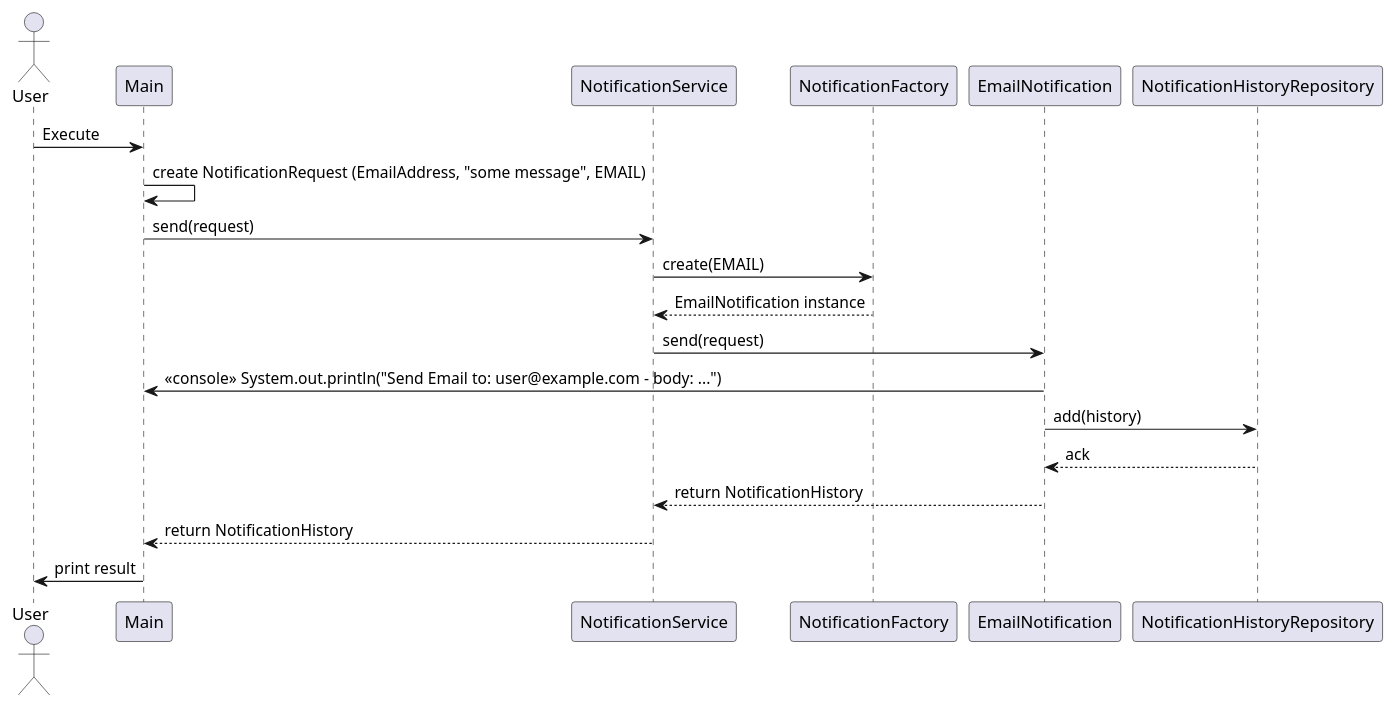
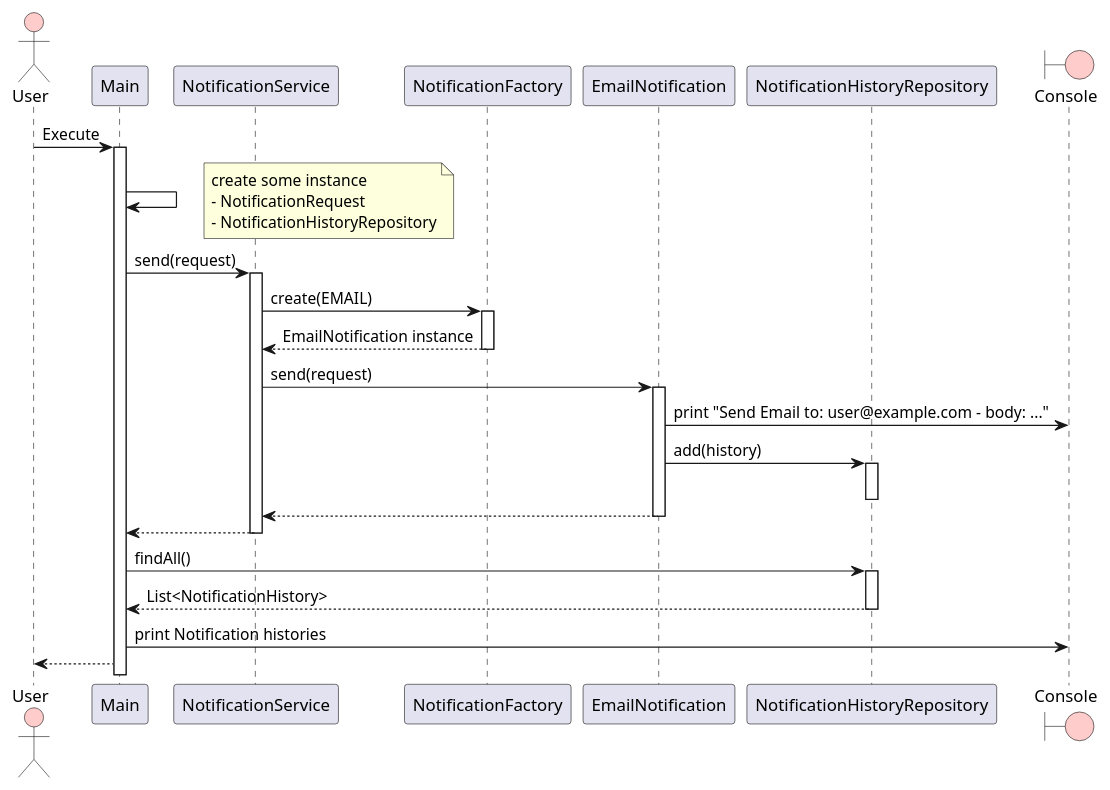
One commit to tri-shtr/notification-app changed the diagram in docs/fig/sequence_diagram.puml. Above: the diagram before and after it, drawn with PlantUML. The commit also changed 1 other file, not shown here.

Commit message:
シーケンス図の誤記修正

```diff
--- a/docs/fig/sequence_diagram.puml
+++ b/docs/fig/sequence_diagram.puml
@@ -1,21 +1,41 @@
 @startuml sequence_diagram
-actor User
+actor User #ffcccc
 participant Main
 participant NotificationService
 participant NotificationFactory
 participant EmailNotification
 participant NotificationHistoryRepository
+boundary Console #ffcccc
 
 User -> Main: Execute
-Main -> Main: create NotificationRequest (EmailAddress, "some message", EMAIL)
+activate Main
+Main -> Main
+note right
+  create some instance
+  - NotificationRequest
+  - NotificationHistoryRepository
+end note
 Main -> NotificationService: send(request)
+activate NotificationService
 NotificationService -> NotificationFactory: create(EMAIL)
+activate NotificationFactory
 NotificationFactory --> NotificationService: EmailNotification instance
+deactivate NotificationFactory
 NotificationService -> EmailNotification: send(request)
-EmailNotification -> Main: <<console>> System.out.println("Send Email to: user@example.com - body: ...")
+activate EmailNotification
+EmailNotification -> Console: print "Send Email to: user@example.com - body: ..."
 EmailNotification -> NotificationHistoryRepository: add(history)
-NotificationHistoryRepository --> EmailNotification: ack
-EmailNotification --> NotificationService: return NotificationHistory
-NotificationService --> Main: return NotificationHistory
-Main -> User: print result
+activate NotificationHistoryRepository
+deactivate NotificationHistoryRepository
+EmailNotification --> NotificationService
+deactivate EmailNotification
+NotificationService --> Main
+deactivate NotificationService
+Main -> NotificationHistoryRepository: findAll()
+activate NotificationHistoryRepository
+NotificationHistoryRepository --> Main: List<NotificationHistory>
+deactivate NotificationHistoryRepository
+Main -> Console: print Notification histories
+
+Main --> User
 @enduml
```
